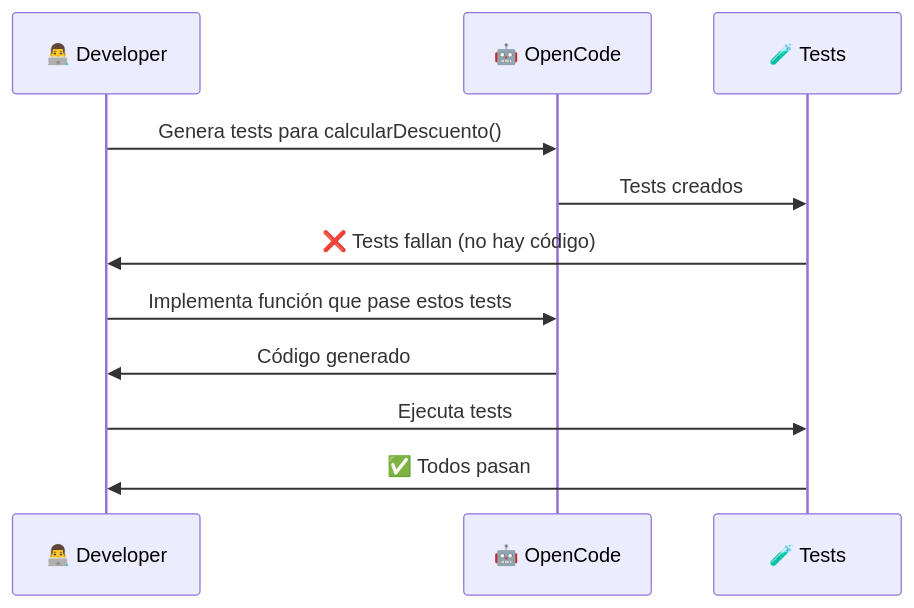
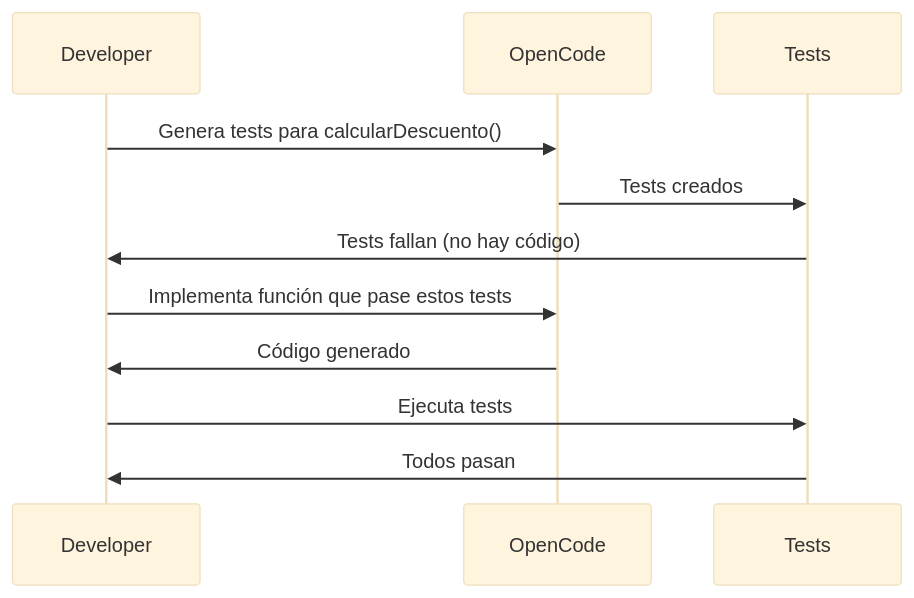
Before and after one commit to Ai-Whisperers/Courses-Content: the third of 8 diagrams in courses/🟡-development/FPUNA-2026/00-FUNDAMENTOS-PRINCIPALES/06-patrones-flujo-trabajo.md, drawn with Mermaid. The commit also changed other lines of this file and 47 other files, not shown here.

First line of the commit message:
fix: Make all 473 diagrams WCAG AAA accessible (FPUNA-2026)

````diff
--- a/courses/🟡-development/FPUNA-2026/00-FUNDAMENTOS-PRINCIPALES/06-patrones-flujo-trabajo.md
+++ b/courses/🟡-development/FPUNA-2026/00-FUNDAMENTOS-PRINCIPALES/06-patrones-flujo-trabajo.md
@@ -129,15 +131,16 @@
 ```mermaid
+%%{init: {'theme':'base', 'themeVariables': {'fontSize':'18px'}}}%%
 sequenceDiagram
-    participant D as 👨‍💻 Developer
-    participant AI as 🤖 OpenCode
-    participant T as 🧪 Tests
+    participant D as Developer
+    participant AI as OpenCode
+    participant T as Tests
     
     D->>AI: Genera tests para calcularDescuento()
     AI->>T: Tests creados
-    T->>D: ❌ Tests fallan (no hay código)
+    T->>D: Tests fallan (no hay código)
     
     D->>AI: Implementa función que pase estos tests
     AI->>D: Código generado
     D->>T: Ejecuta tests
-    T->>D: ✅ Todos pasan
+    T->>D: Todos pasan
 ```
````
